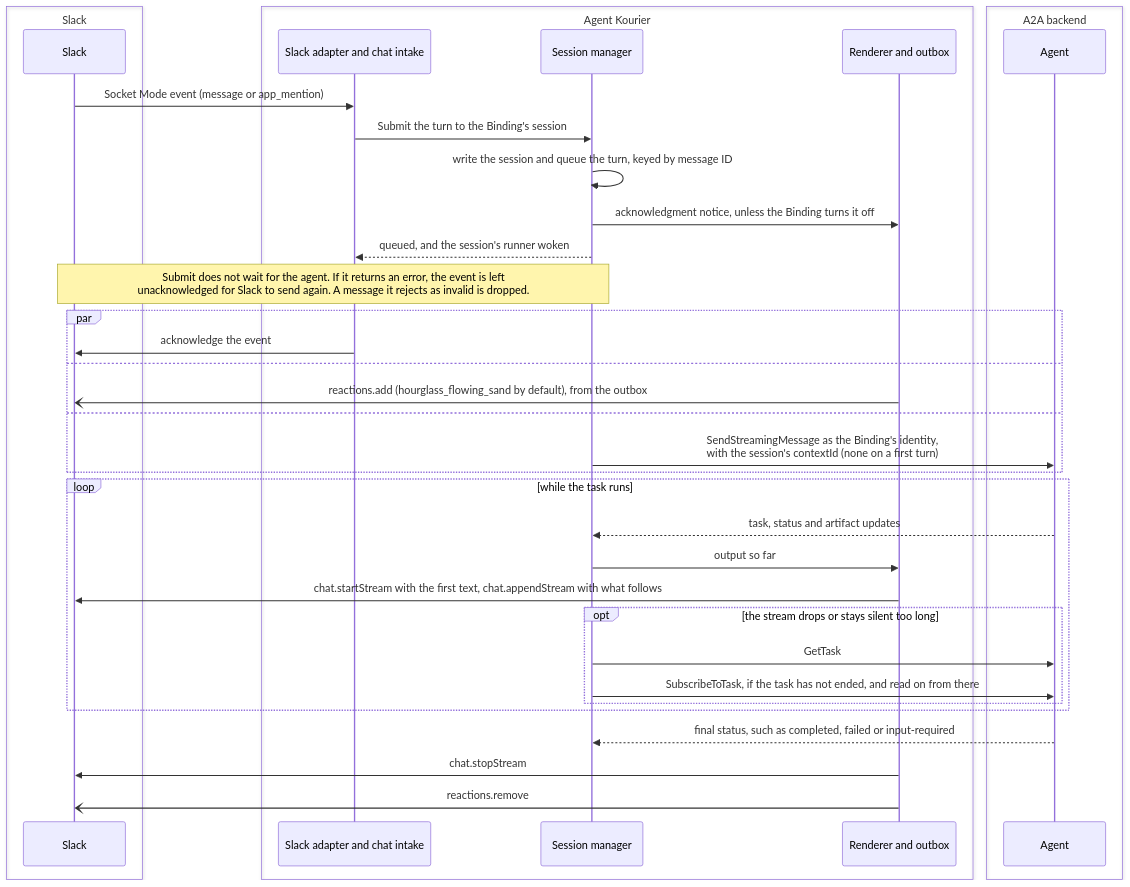
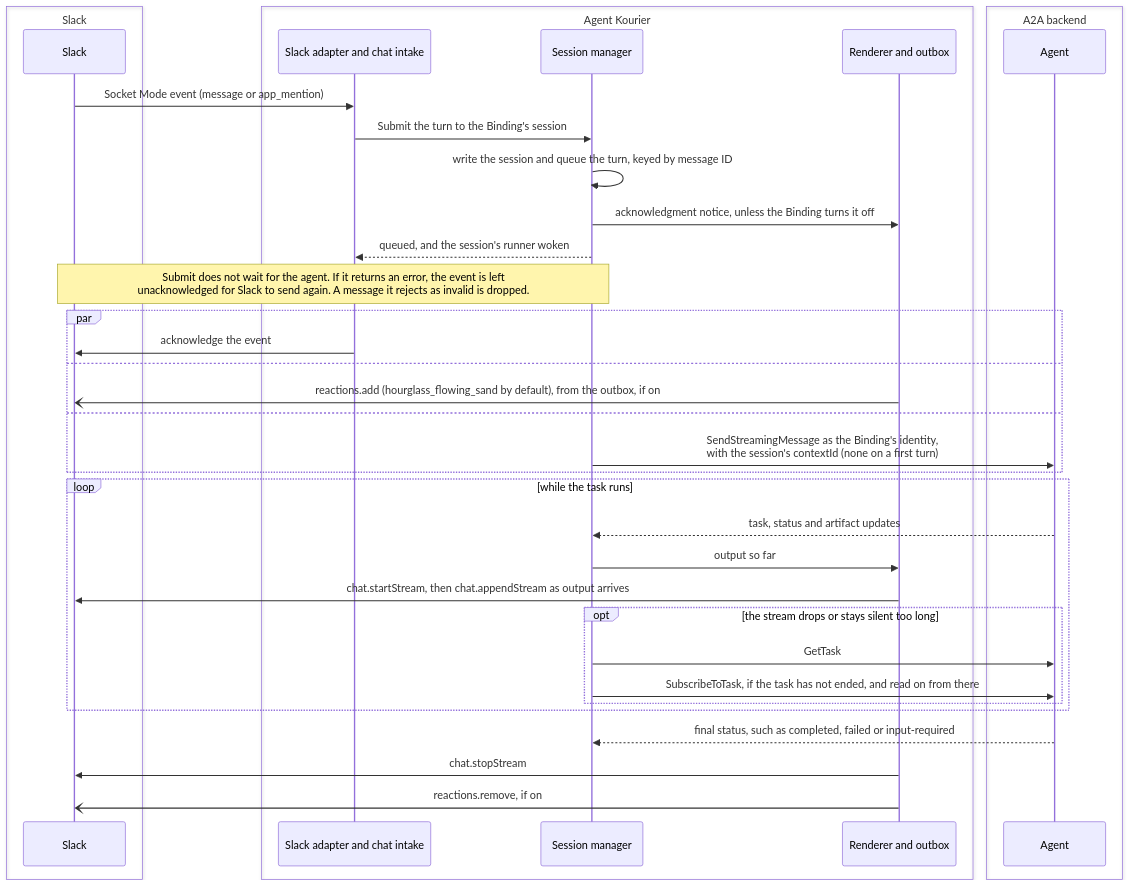
One commit to agentkourier/agent-kourier changed the fourth of 5 diagrams in docs/explanation/architecture.md. Above: the diagram before and after it, drawn with Mermaid. The commit also changed other lines of this file, not shown here.

First line of the commit message:
docs(architecture): fix the third review round's findings

````diff
--- a/docs/explanation/architecture.md
+++ b/docs/explanation/architecture.md
@@ -127,39 +127,39 @@
 ```mermaid
 sequenceDiagram
     box Slack
         participant S as Slack
     end
     box Agent Kourier
         participant A as Slack adapter and chat intake
         participant M as Session manager
         participant R as Renderer and outbox
     end
     box A2A backend
         participant G as Agent
     end
     S->>A: Socket Mode event (message or app_mention)
     A->>M: Submit the turn to the Binding's session
     M->>M: write the session and queue the turn, keyed by message ID
     M->>R: acknowledgment notice, unless the Binding turns it off
     M-->>A: queued, and the session's runner woken
     Note over S,M: Submit does not wait for the agent. If it returns an error, the event is left<br/>unacknowledged for Slack to send again. A message it rejects as invalid is dropped.
     par
         A->>S: acknowledge the event
     and
-        R-)S: reactions.add (hourglass_flowing_sand by default), from the outbox
+        R-)S: reactions.add (hourglass_flowing_sand by default), from the outbox, if on
     and
         M->>G: SendStreamingMessage as the Binding's identity,<br/>with the session's contextId (none on a first turn)
     end
     loop while the task runs
         G-->>M: task, status and artifact updates
         M->>R: output so far
-        R->>S: chat.startStream with the first text, chat.appendStream with what follows
+        R->>S: chat.startStream, then chat.appendStream as output arrives
         opt the stream drops or stays silent too long
             M->>G: GetTask
             M->>G: SubscribeToTask, if the task has not ended, and read on from there
         end
     end
     G-->>M: final status, such as completed, failed or input-required
     R->>S: chat.stopStream
-    R-)S: reactions.remove
+    R-)S: reactions.remove, if on
 ```
````
